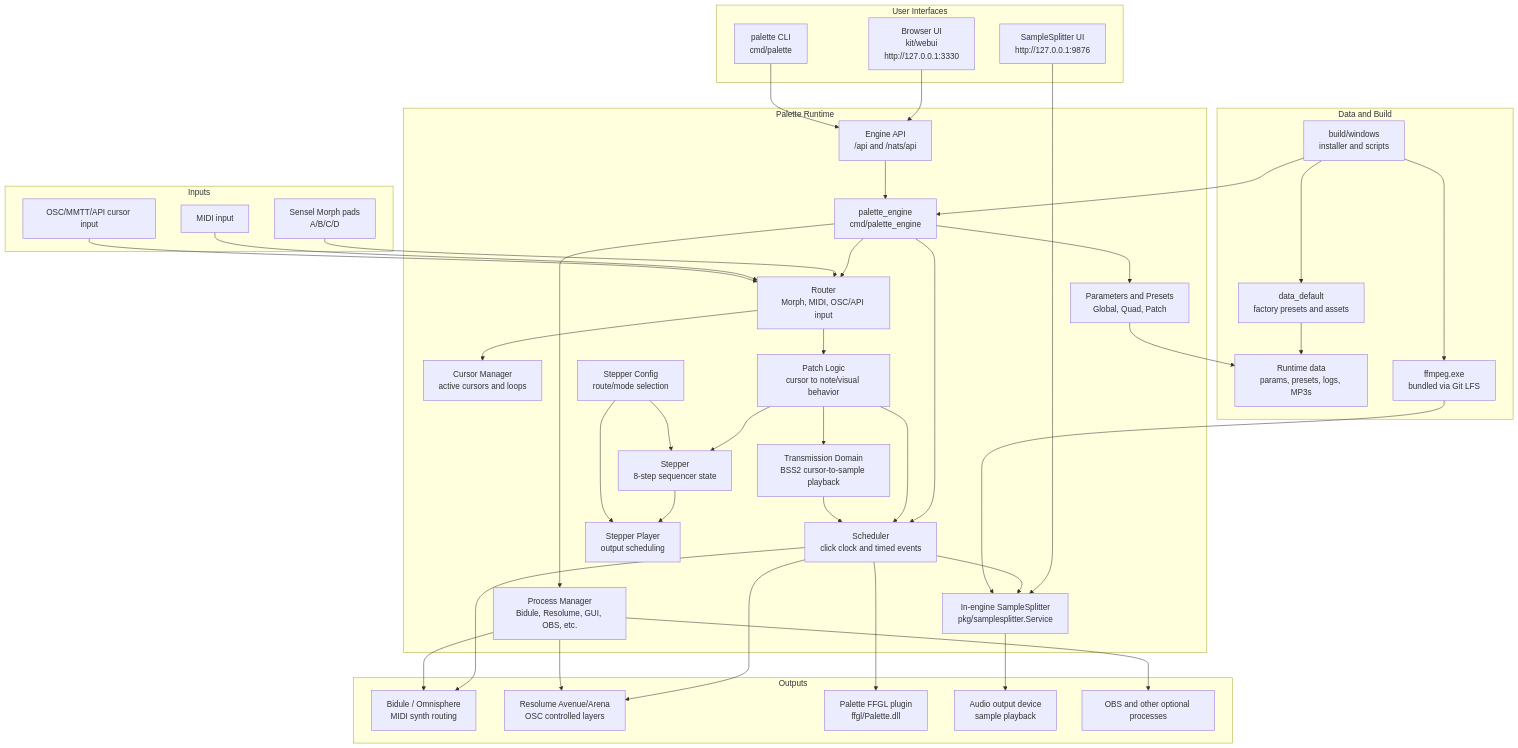
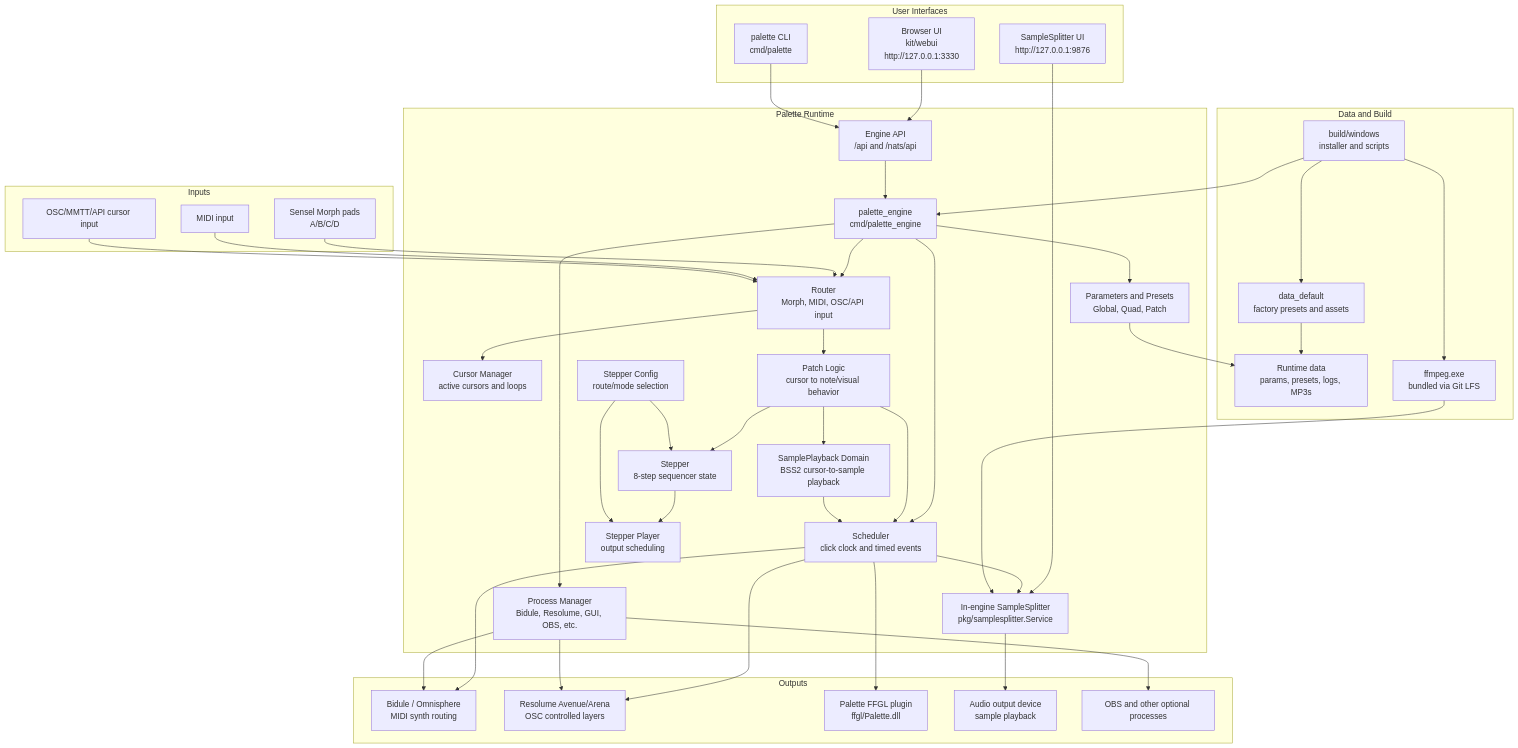
One commit to vizicist/palette changed the diagram in doc/architecture.md. Above: the diagram before and after it, drawn with Mermaid. The commit also changed other lines of this file and 25 other files, not shown here.

Commit message:
Refine sample playback and web UI state

````diff
--- a/doc/architecture.md
+++ b/doc/architecture.md
@@ -19,80 +19,80 @@
 ```mermaid
 flowchart TB
     subgraph "User Interfaces"
         WebUI["Browser UI\nkit/webui\nhttp://127.0.0.1:3330"]
         CLI["palette CLI\ncmd/palette"]
         SSUI["SampleSplitter UI\nhttp://127.0.0.1:9876"]
     end
 
     subgraph "Palette Runtime"
         Engine["palette_engine\ncmd/palette_engine"]
         API["Engine API\n/api and /nats/api"]
         Router["Router\nMorph, MIDI, OSC/API input"]
         Scheduler["Scheduler\nclick clock and timed events"]
         CursorMgr["Cursor Manager\nactive cursors and loops"]
         PatchLogic["Patch Logic\ncursor to note/visual behavior"]
         Params["Parameters and Presets\nGlobal, Quad, Patch"]
         Stepper["Stepper\n8-step sequencer state"]
         StepperCfg["Stepper Config\nroute/mode selection"]
         StepperPlayer["Stepper Player\noutput scheduling"]
-        Transmission["Transmission Domain\nBSS2 cursor-to-sample playback"]
+        SamplePlayback["SamplePlayback Domain\nBSS2 cursor-to-sample playback"]
         ProcMgr["Process Manager\nBidule, Resolume, GUI, OBS, etc."]
         SSplitter["In-engine SampleSplitter\npkg/samplesplitter.Service"]
     end
 
     subgraph "Inputs"
         Morph["Sensel Morph pads\nA/B/C/D"]
         MIDIIn["MIDI input"]
         OSCIn["OSC/MMTT/API cursor input"]
     end
 
     subgraph "Outputs"
         Bidule["Bidule / Omnisphere\nMIDI synth routing"]
         Resolume["Resolume Avenue/Arena\nOSC controlled layers"]
         FFGL["Palette FFGL plugin\nffgl/Palette.dll"]
         Audio["Audio output device\nsample playback"]
         OBS["OBS and other optional processes"]
     end
 
     subgraph "Data and Build"
         Data["Runtime data\nparams, presets, logs, MP3s"]
         DefaultData["data_default\nfactory presets and assets"]
         Build["build/windows\ninstaller and scripts"]
         FFmpeg["ffmpeg.exe\nbundled via Git LFS"]
     end
 
     WebUI --> API
     CLI --> API
     SSUI --> SSplitter
     API --> Engine
     Engine --> Router
     Engine --> Scheduler
     Engine --> Params
     Engine --> ProcMgr
     Router --> CursorMgr
     Router --> PatchLogic
     Morph --> Router
     MIDIIn --> Router
     OSCIn --> Router
     PatchLogic --> Scheduler
     PatchLogic --> Stepper
-    PatchLogic --> Transmission
+    PatchLogic --> SamplePlayback
     Stepper --> StepperPlayer
     StepperCfg --> Stepper
     StepperCfg --> StepperPlayer
-    Transmission --> Scheduler
+    SamplePlayback --> Scheduler
     Scheduler --> Bidule
     Scheduler --> Resolume
     Scheduler --> FFGL
     Scheduler --> SSplitter
     SSplitter --> Audio
     ProcMgr --> Bidule
     ProcMgr --> Resolume
     ProcMgr --> OBS
     Params --> Data
     DefaultData --> Data
     FFmpeg --> SSplitter
     Build --> Engine
     Build --> DefaultData
     Build --> FFmpeg
 ```
````
